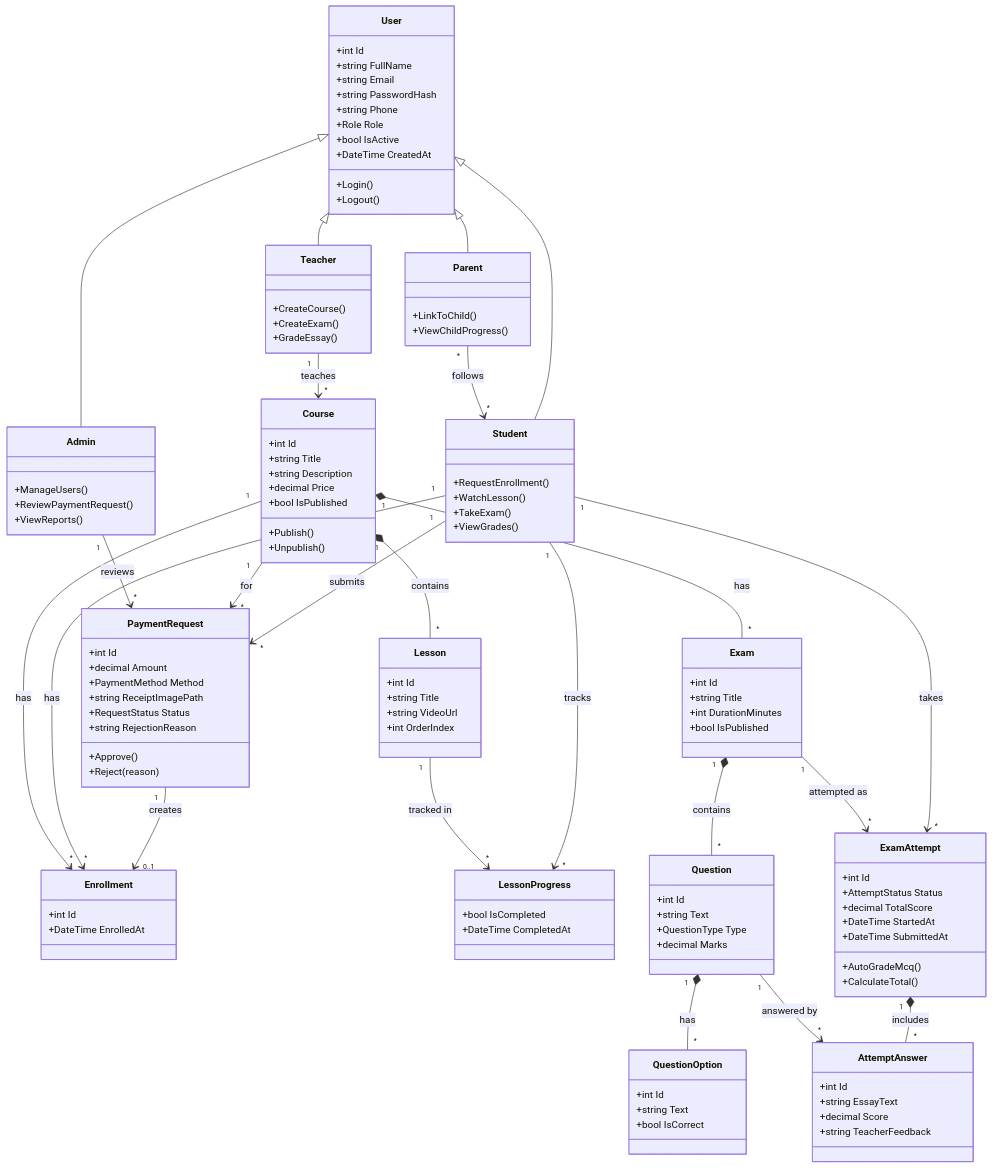
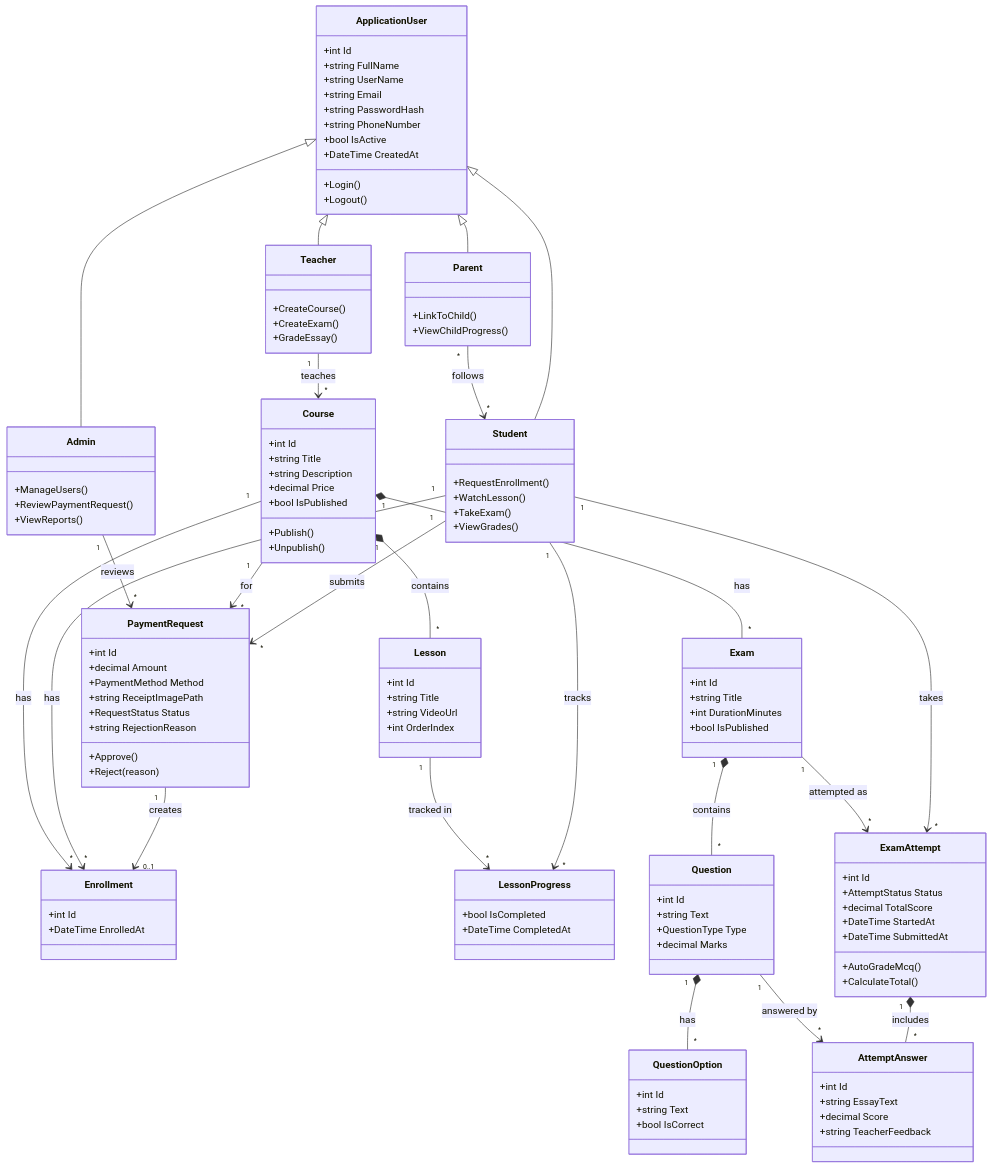
Before and after one commit to MohamedHany1n/Educational-Platform: the diagram in docs/4-analysis-design/10-class-diagram.md, drawn with Mermaid. The commit also changed other lines of this file and 7 other files, not shown here.

Commit message:
docs: align database, class diagram and requirements with the implemented code

````diff
--- a/docs/4-analysis-design/10-class-diagram.md
+++ b/docs/4-analysis-design/10-class-diagram.md
@@ -3,12 +3,12 @@
 ```mermaid
 classDiagram
-    class User {
+    class ApplicationUser {
         +int Id
         +string FullName
+        +string UserName
         +string Email
         +string PasswordHash
-        +string Phone
-        +Role Role
+        +string PhoneNumber
         +bool IsActive
         +DateTime CreatedAt
         +Login()
@@ -100,10 +100,10 @@
         +string TeacherFeedback
     }
 
-    User <|-- Admin
-    User <|-- Teacher
-    User <|-- Student
-    User <|-- Parent
+    ApplicationUser <|-- Admin
+    ApplicationUser <|-- Teacher
+    ApplicationUser <|-- Student
+    ApplicationUser <|-- Parent
 
     Teacher "1" --> "*" Course : teaches
     Course "1" *-- "*" Lesson : contains
````
